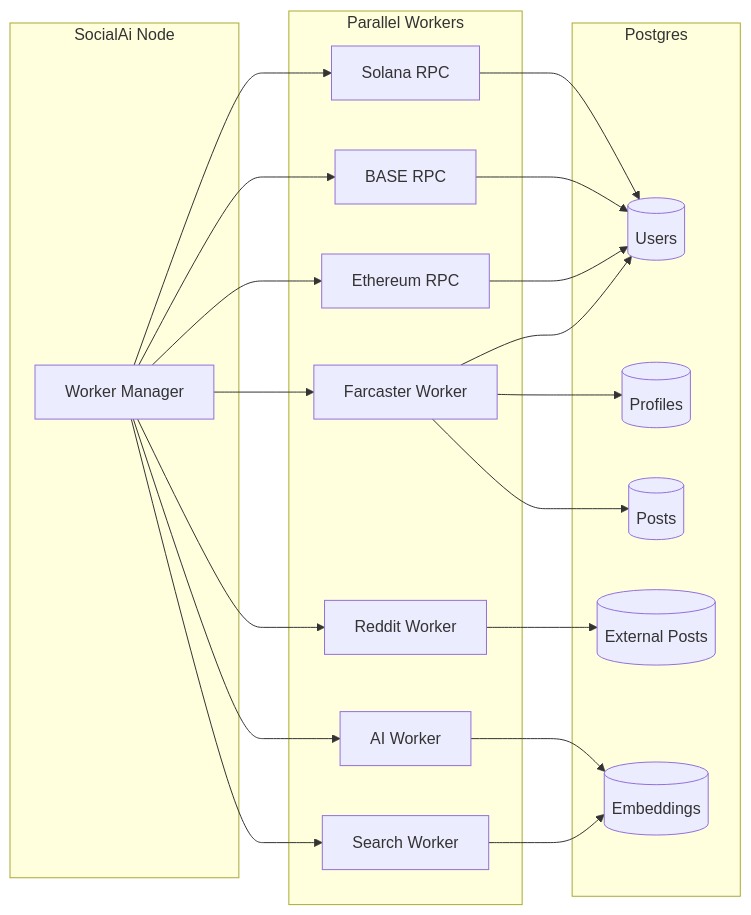
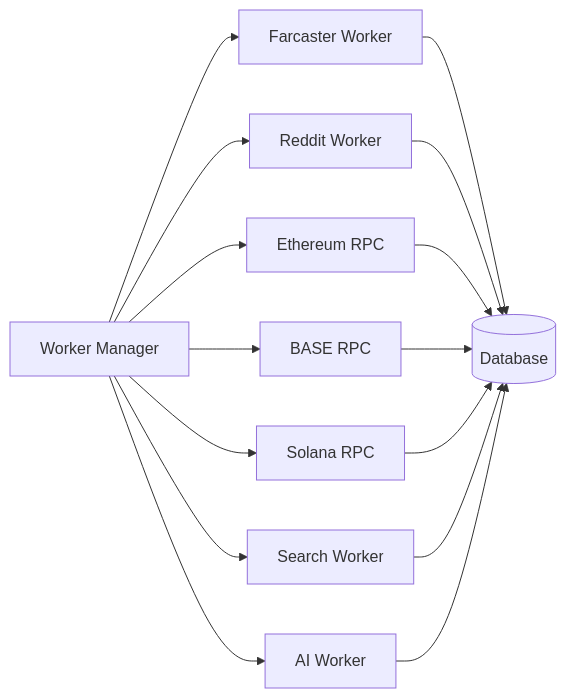
One commit to SolanaRemix/SocialAi changed the fourth of 5 diagrams in ARCHITECTURE.md. Above: the diagram before and after it, drawn with Mermaid. The commit also changed other lines of this file, not shown here.

````diff
--- a/ARCHITECTURE.md
+++ b/ARCHITECTURE.md
@@ -115,43 +447,18 @@
 ```mermaid
 flowchart LR
-
-    subgraph Orchestrator["SocialAi Node"]
-        O1[Worker Manager]
-    end
-
-    subgraph Workers["Parallel Workers"]
-        W1[Farcaster Worker]
-        W2[Reddit Worker]
-        W3[Ethereum RPC]
-        W4[BASE RPC]
-        W5[Solana RPC]
-        W6[Search Worker]
-        W7[AI Worker]
-    end
-
-    subgraph DB["Postgres"]
-        D1[(Users)]
-        D2[(Profiles)]
-        D3[(Posts)]
-        D4[(External Posts)]
-        D5[(Embeddings)]
-    end
-
-    O1 --> W1
-    O1 --> W2
-    O1 --> W3
-    O1 --> W4
-    O1 --> W5
-    O1 --> W6
-    O1 --> W7
-
-    W1 --> D1
-    W1 --> D2
-    W1 --> D3
-    W2 --> D4
-    W3 --> D1
-    W4 --> D1
-    W5 --> D1
-    W6 --> D5
-    W7 --> D5
+  WM[Worker Manager] --> FW[Farcaster Worker]
+  WM --> RW[Reddit Worker]
+  WM --> EW[Ethereum RPC]
+  WM --> BW[BASE RPC]
+  WM --> SW[Solana RPC]
+  WM --> SEW[Search Worker]
+  WM --> AW[AI Worker]
+  
+  FW --> DB[(Database)]
+  RW --> DB
+  EW --> DB
+  BW --> DB
+  SW --> DB
+  SEW --> DB
+  AW --> DB
 ```
````
